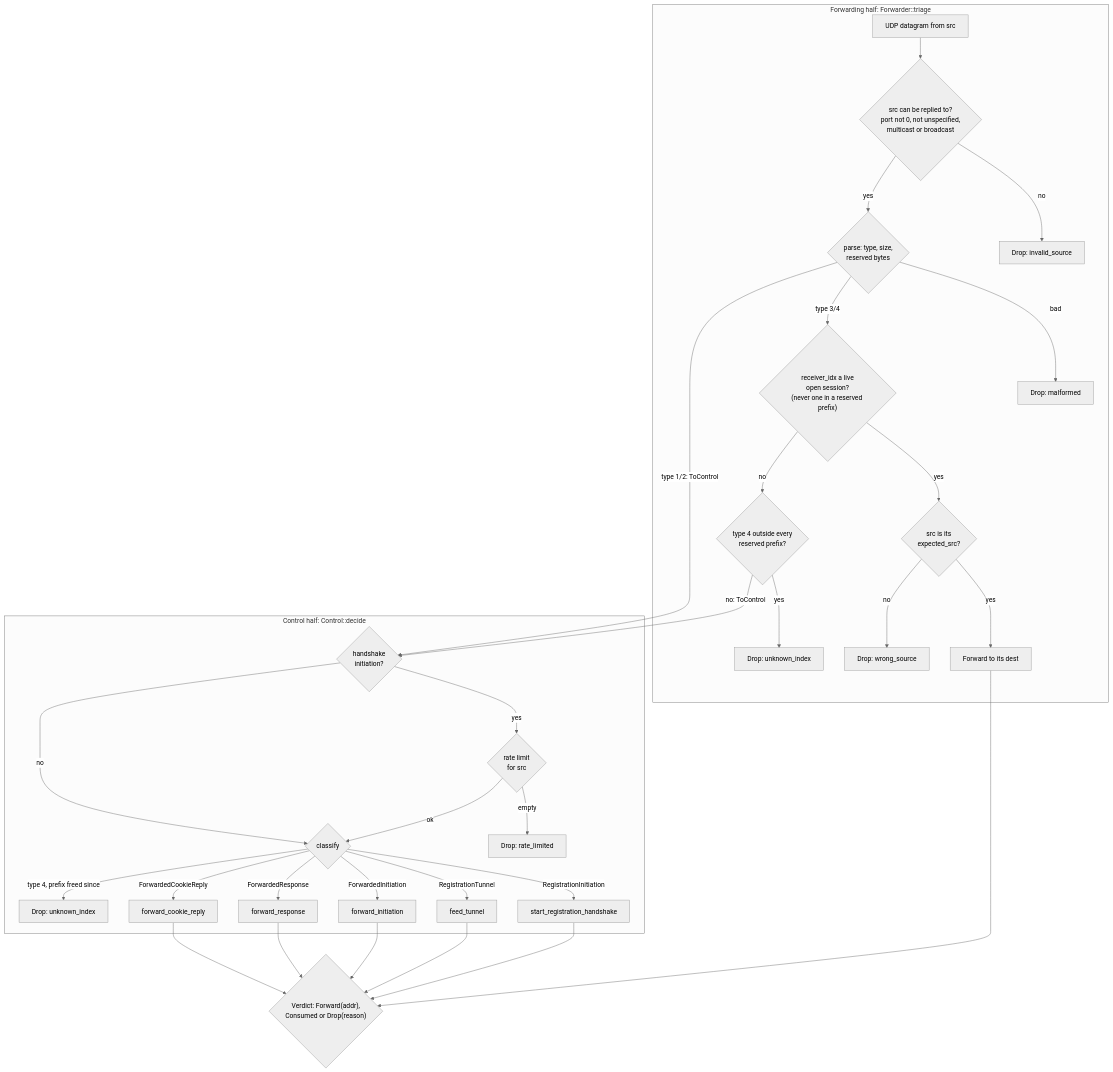
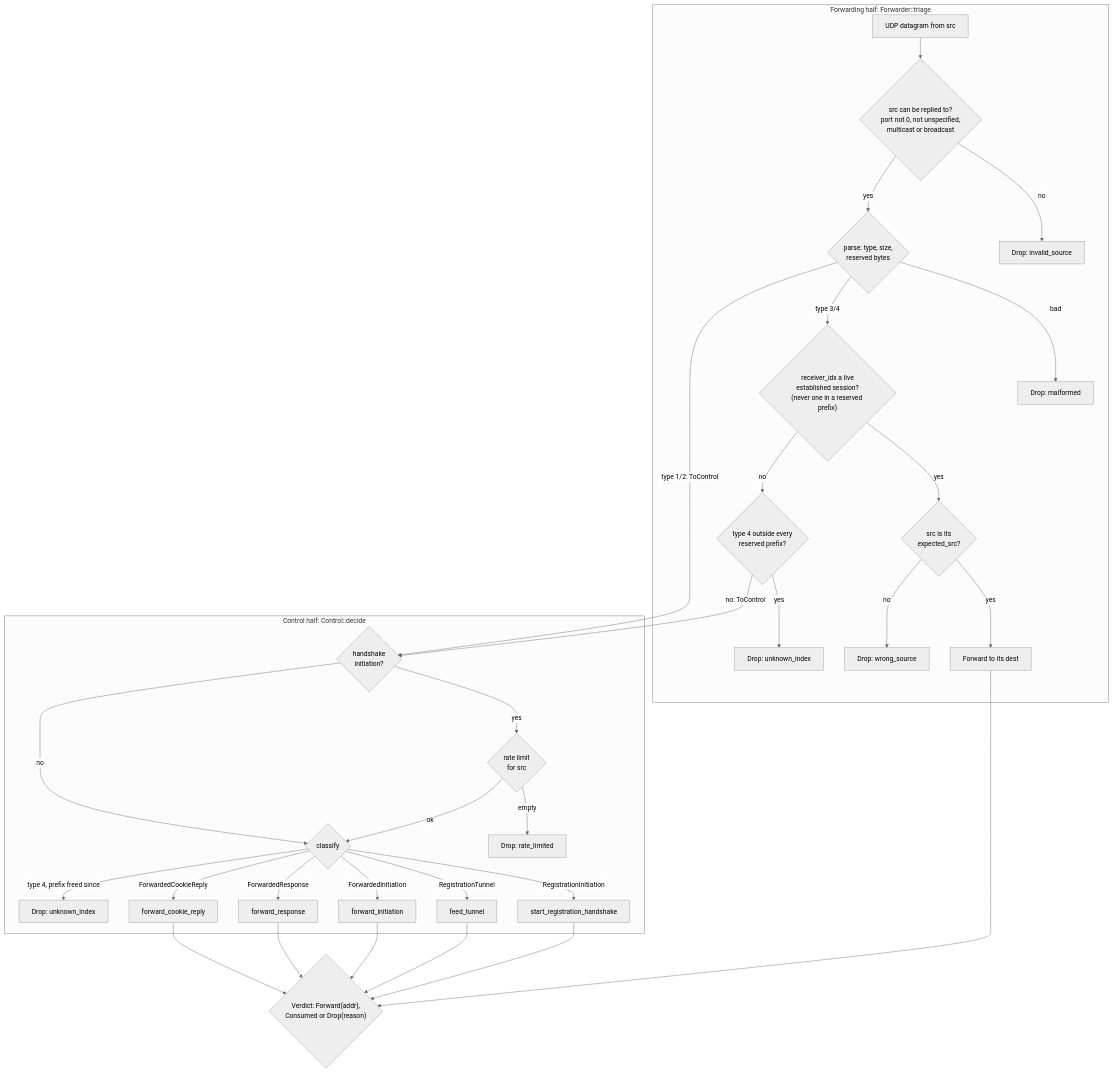
Diagram 15 of 23 in docs/how-it-works.md (3alpha/wg-relay), drawn with Mermaid (neutral theme) before and after one commit. The commit also changed other lines of this file and 16 other files, not shown here.

First line of the commit message:
refactor(tables): call the open session state established

````diff
--- a/docs/how-it-works.md
+++ b/docs/how-it-works.md
@@ -539,36 +539,36 @@
 ```mermaid
 flowchart TD
     subgraph fwd["Forwarding half: Forwarder::triage"]
         IN["UDP datagram from src"] --> SV{"src can be replied to?<br/>port not 0, not unspecified,<br/>multicast or broadcast"}
         SV -- no --> D0["Drop: invalid_source"]
         SV -- yes --> P{"parse: type, size,<br/>reserved bytes"}
         P -- bad --> M["Drop: malformed"]
-        P -- "type 3/4" --> FO{"receiver_idx a live<br/>open session?<br/>(never one in a reserved prefix)"}
+        P -- "type 3/4" --> FO{"receiver_idx a live<br/>established session?<br/>(never one in a reserved prefix)"}
         FO -- yes --> FS{"src is its<br/>expected_src?"}
         FS -- yes --> FW["Forward to its dest"]
         FS -- no --> D3["Drop: wrong_source"]
         FO -- no --> RP{"type 4 outside every<br/>reserved prefix?"}
         RP -- yes --> D4["Drop: unknown_index"]
     end
     subgraph ctl["Control half: Control::decide"]
         T{"handshake<br/>initiation?"}
         T -- yes --> RL{"rate limit<br/>for src"}
         RL -- empty --> D1["Drop: rate_limited"]
         RL -- ok --> C{"classify"}
         T -- no --> C
         C -- "RegistrationInitiation" --> REG["start_registration_handshake"]
         C -- "RegistrationTunnel" --> TR["feed_tunnel"]
         C -- "ForwardedInitiation" --> FI["forward_initiation"]
         C -- "ForwardedResponse" --> FR["forward_response"]
         C -- "ForwardedCookieReply" --> FC["forward_cookie_reply"]
         C -- "type 4, prefix freed since" --> D5["Drop: unknown_index"]
     end
     P -- "type 1/2: ToControl" --> T
     RP -- "no: ToControl" --> T
     FW --> V{"Verdict: Forward(addr),<br/>Consumed or Drop(reason)"}
     REG --> V
     TR --> V
     FI --> V
     FR --> V
     FC --> V
 ```
````
